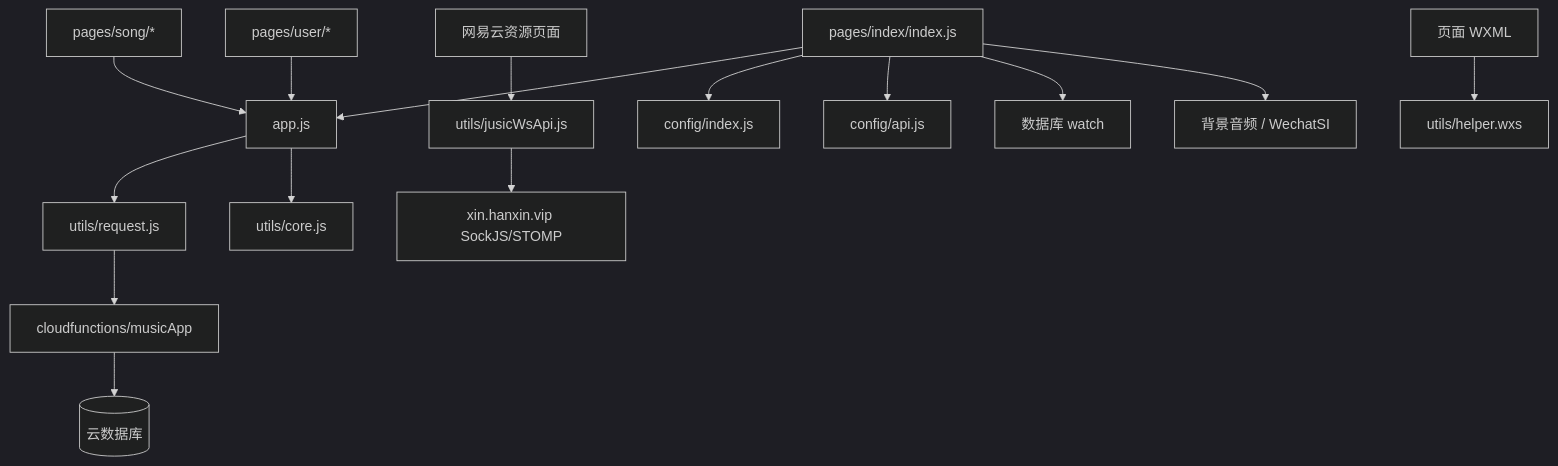
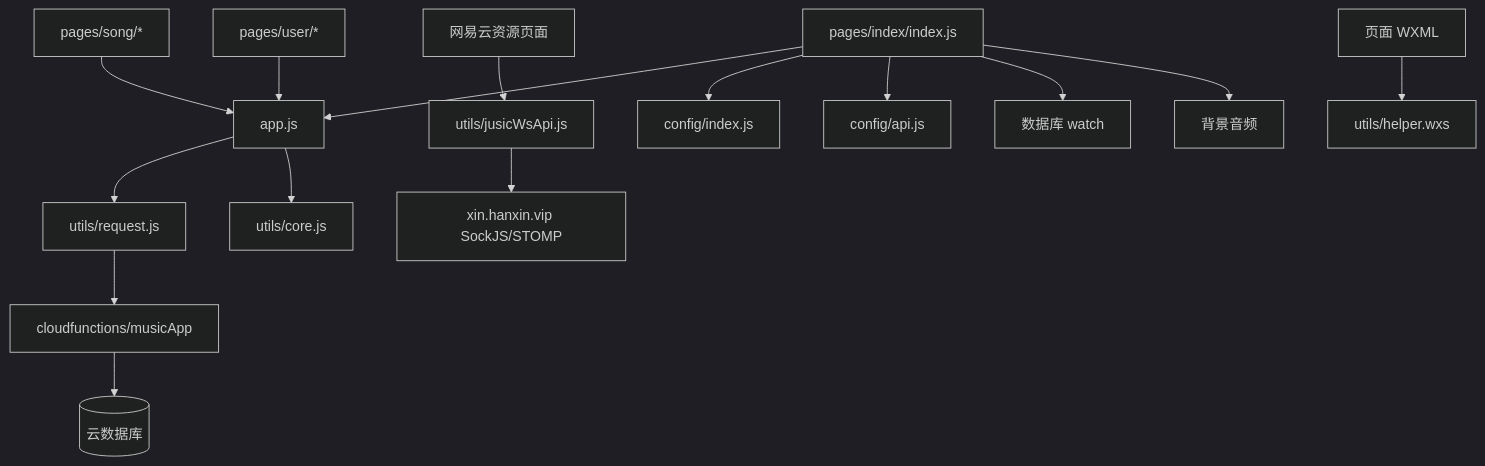
Before and after one commit to Neveryu/miniprogram-music: the first of 2 diagrams in docs/code-wiki/06-依赖关系.md, drawn with Mermaid (dark theme). The commit also changed other lines of this file and 10 other files, not shown here.

````diff
--- a/docs/code-wiki/06-依赖关系.md
+++ b/docs/code-wiki/06-依赖关系.md
@@ -20,17 +19,17 @@
 ```mermaid
 flowchart TD
     APP[app.js] --> REQUEST[utils/request.js]
     APP --> CORE[utils/core.js]
     REQUEST --> FUNC[cloudfunctions/musicApp]
     FUNC --> DB[(云数据库)]
     SELECT[网易云资源页面] --> JUSIC[utils/jusicWsApi.js]
     JUSIC --> WS[xin.hanxin.vip SockJS/STOMP]
     INDEX[pages/index/index.js] --> APP
     INDEX --> CONFIG[config/index.js]
     INDEX --> API[config/api.js]
     INDEX --> WATCH[数据库 watch]
-    INDEX --> AUDIO[背景音频 / WechatSI]
+    INDEX --> AUDIO[背景音频]
     SONG[pages/song/*] --> APP
     USER[pages/user/*] --> APP
     WXML[页面 WXML] --> WXS[utils/helper.wxs]
 ```
````
